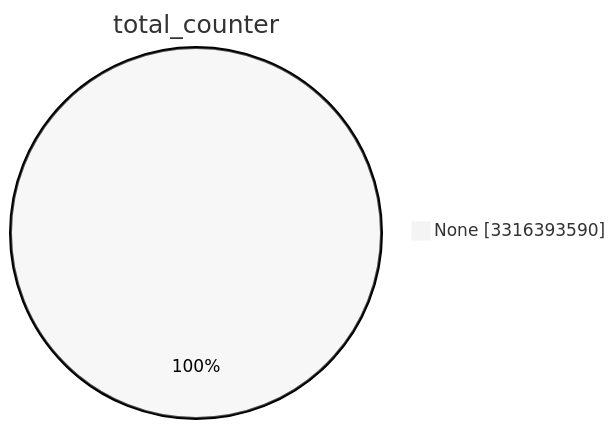
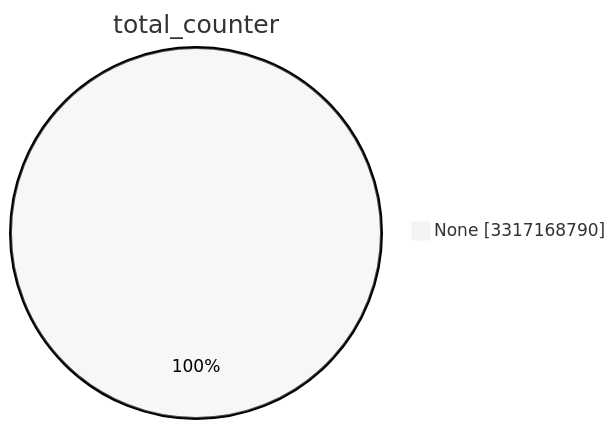
The first of 15 diagrams in TOTAL/README.md (christiankrug/ctmonitor_visualization), drawn with Mermaid (neutral theme) before and after one commit. The commit also changed other lines of this file, not shown here.

````diff
--- a/TOTAL/README.md
+++ b/TOTAL/README.md
@@ -1,5 +1,5 @@
 ```mermaid
 pie showData
 title total_counter
-"None" :3316393590
+"None" :3317168790
 ```
````
